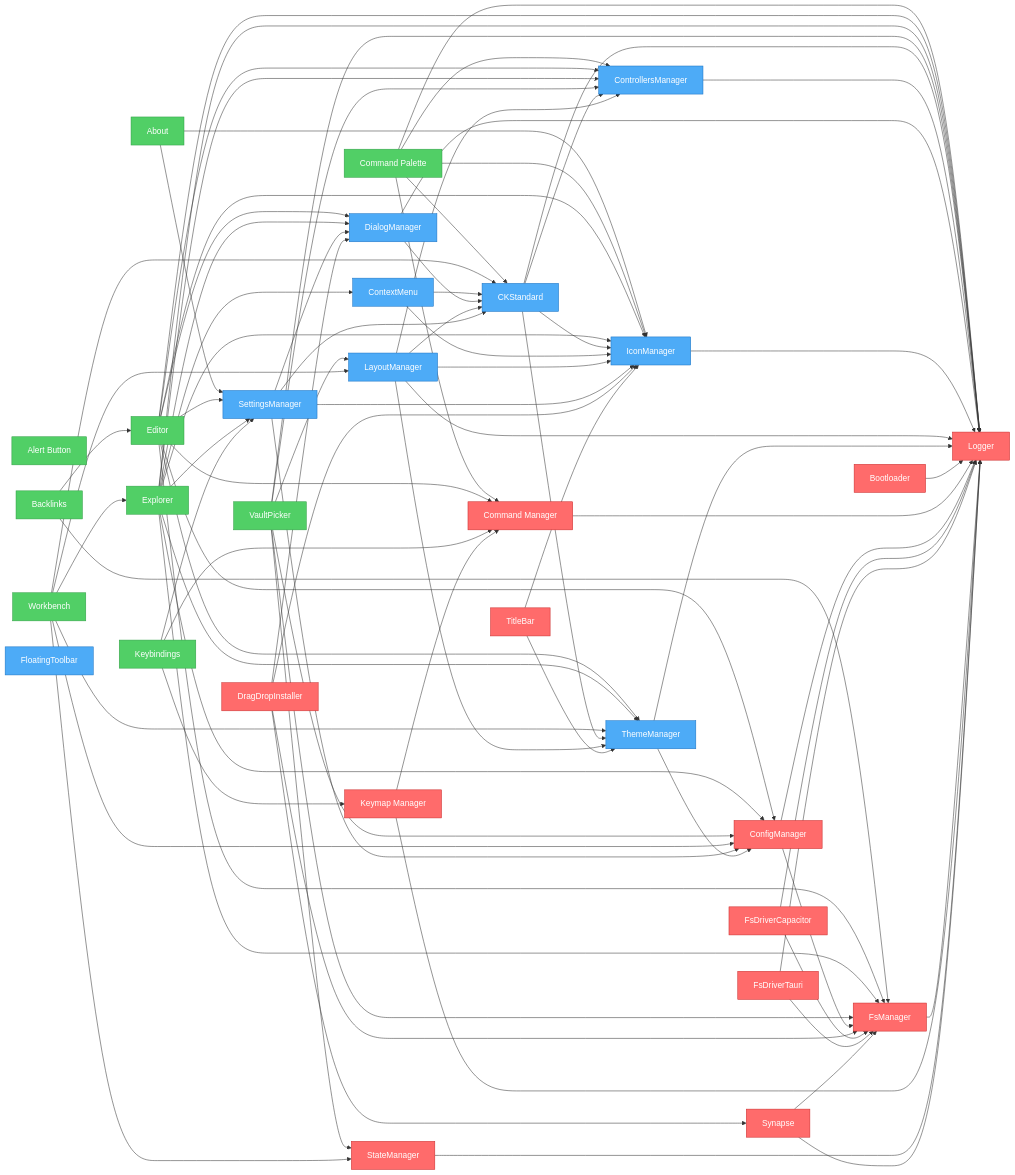
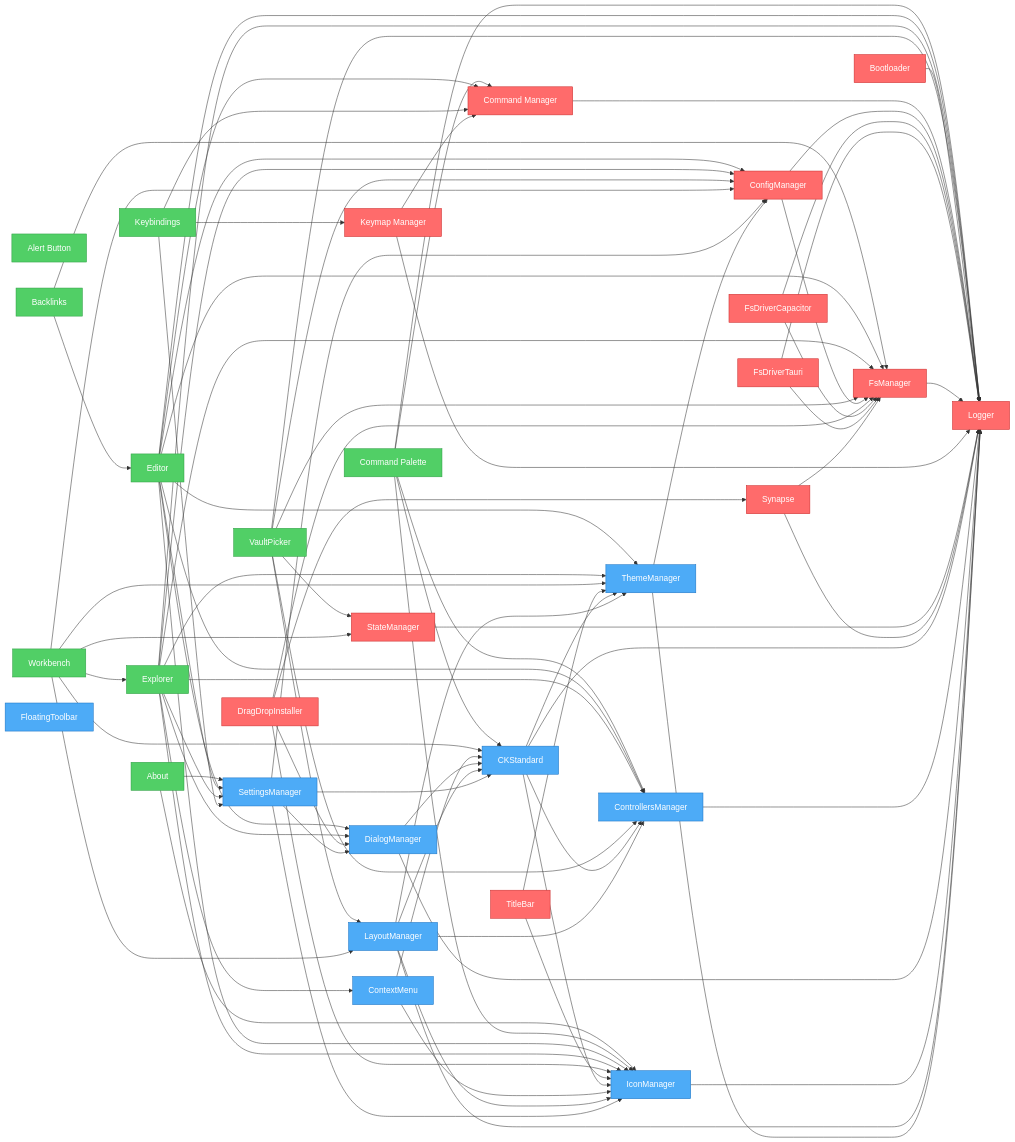
One commit to khton-tech/notehub.md changed the diagram in artifacts/graph.mmd. Above: the diagram before and after it, drawn with Mermaid. The commit also changed other lines of this file and 75 other files, not shown here.

Commit message:
feat: Establish core plugin architecture, API contracts, and application bootstrapping with initial system, feature, and UI plugins.

```diff
--- a/artifacts/graph.mmd
+++ b/artifacts/graph.mmd
@@ -1,123 +1,123 @@
 flowchart LR
     nh_features_about["About"]
     features_alert-button["Alert Button"]
     nh_features_backlinks["Backlinks"]
     nh_features_command-palette["Command Palette"]
     nh_features_editor["Editor"]
     nh_features_explorer["Explorer"]
     nh_features_keybindings["Keybindings"]
     nh_features_vault-picker["VaultPicker"]
     nh_features_workbench["Workbench"]
-    nh_ui_ck-standard["CKStandard"]
-    nh_ui_context-menu["ContextMenu"]
-    nh_ui_controllers-manager["ControllersManager"]
-    nh_ui_dialog-manager["DialogManager"]
-    nh_ui_floating-toolbar["FloatingToolbar"]
-    nh_ui_icon-manager["IconManager"]
-    nh_ui_layout-manager["LayoutManager"]
-    nh_ui_settings-manager["SettingsManager"]
-    nh_ui_theme-manager["ThemeManager"]
     nh_system_bootloader["Bootloader"]
     nh_system_command-manager["Command Manager"]
     nh_system_config-manager["ConfigManager"]
     nh_system_drag-drop["DragDropInstaller"]
     nh_system_fs-driver-capacitor["FsDriverCapacitor"]
     nh_system_fs-driver-tauri["FsDriverTauri"]
     nh_system_fs-manager["FsManager"]
     nh_system_keymap["Keymap Manager"]
     nh_system_logger["Logger"]
     nh_system_state-manager["StateManager"]
     nh_system_synapse["Synapse"]
     nh_system_titlebar["TitleBar"]
+    nh_ui_ck-standard["CKStandard"]
+    nh_ui_context-menu["ContextMenu"]
+    nh_ui_controllers-manager["ControllersManager"]
+    nh_ui_dialog-manager["DialogManager"]
+    nh_ui_floating-toolbar["FloatingToolbar"]
+    nh_ui_icon-manager["IconManager"]
+    nh_ui_layout-manager["LayoutManager"]
+    nh_ui_settings-manager["SettingsManager"]
+    nh_ui_theme-manager["ThemeManager"]
     nh_features_about --> nh_ui_settings-manager
     nh_features_about --> nh_ui_icon-manager
     nh_features_backlinks --> nh_features_editor
     nh_features_backlinks --> nh_system_fs-manager
     nh_features_command-palette --> nh_system_command-manager
     nh_features_command-palette --> nh_system_logger
     nh_features_command-palette --> nh_ui_controllers-manager
     nh_features_command-palette --> nh_ui_ck-standard
     nh_features_command-palette --> nh_ui_icon-manager
     nh_features_editor --> nh_system_config-manager
     nh_features_editor --> nh_system_command-manager
     nh_features_editor --> nh_ui_settings-manager
     nh_features_editor --> nh_system_fs-manager
     nh_features_editor --> nh_system_logger
     nh_features_editor --> nh_ui_controllers-manager
     nh_features_editor --> nh_ui_dialog-manager
     nh_features_editor --> nh_ui_icon-manager
     nh_features_editor --> nh_ui_theme-manager
     nh_features_explorer --> nh_system_config-manager
     nh_features_explorer --> nh_ui_settings-manager
     nh_features_explorer --> nh_system_fs-manager
     nh_features_explorer --> nh_system_logger
     nh_features_explorer --> nh_ui_controllers-manager
     nh_features_explorer --> nh_ui_icon-manager
     nh_features_explorer --> nh_ui_theme-manager
     nh_features_explorer --> nh_ui_context-menu
     nh_features_explorer --> nh_ui_dialog-manager
     nh_features_keybindings --> nh_ui_settings-manager
     nh_features_keybindings --> nh_system_command-manager
     nh_features_keybindings --> nh_system_keymap
     nh_features_vault-picker --> nh_system_fs-manager
     nh_features_vault-picker --> nh_system_config-manager
     nh_features_vault-picker --> nh_system_state-manager
     nh_features_vault-picker --> nh_system_logger
     nh_features_vault-picker --> nh_ui_controllers-manager
     nh_features_vault-picker --> nh_ui_layout-manager
     nh_features_workbench --> nh_system_config-manager
     nh_features_workbench --> nh_ui_layout-manager
     nh_features_workbench --> nh_ui_theme-manager
     nh_features_workbench --> nh_ui_ck-standard
     nh_features_workbench --> nh_system_state-manager
     nh_features_workbench --> nh_features_explorer
+    nh_system_bootloader --> nh_system_logger
+    nh_system_command-manager --> nh_system_logger
+    nh_system_config-manager --> nh_system_logger
+    nh_system_config-manager --> nh_system_fs-manager
+    nh_system_drag-drop --> nh_ui_icon-manager
+    nh_system_drag-drop --> nh_ui_dialog-manager
+    nh_system_drag-drop --> nh_system_fs-manager
+    nh_system_drag-drop --> nh_system_synapse
+    nh_system_fs-driver-capacitor --> nh_system_logger
+    nh_system_fs-driver-capacitor --> nh_system_fs-manager
+    nh_system_fs-driver-tauri --> nh_system_logger
+    nh_system_fs-driver-tauri --> nh_system_fs-manager
+    nh_system_fs-manager --> nh_system_logger
+    nh_system_keymap --> nh_system_command-manager
+    nh_system_keymap --> nh_system_logger
+    nh_system_state-manager --> nh_system_logger
+    nh_system_synapse --> nh_system_fs-manager
+    nh_system_synapse --> nh_system_logger
+    nh_system_titlebar --> nh_ui_icon-manager
+    nh_system_titlebar --> nh_ui_theme-manager
     nh_ui_ck-standard --> nh_system_logger
     nh_ui_ck-standard --> nh_ui_controllers-manager
     nh_ui_ck-standard --> nh_ui_icon-manager
     nh_ui_ck-standard --> nh_ui_theme-manager
     nh_ui_context-menu --> nh_ui_icon-manager
     nh_ui_context-menu --> nh_ui_ck-standard
     nh_ui_controllers-manager --> nh_system_logger
     nh_ui_dialog-manager --> nh_system_logger
     nh_ui_dialog-manager --> nh_ui_ck-standard
     nh_ui_icon-manager --> nh_system_logger
     nh_ui_layout-manager --> nh_system_logger
     nh_ui_layout-manager --> nh_ui_theme-manager
     nh_ui_layout-manager --> nh_ui_icon-manager
     nh_ui_layout-manager --> nh_ui_controllers-manager
     nh_ui_layout-manager --> nh_ui_ck-standard
     nh_ui_settings-manager --> nh_system_config-manager
     nh_ui_settings-manager --> nh_ui_ck-standard
     nh_ui_settings-manager --> nh_ui_icon-manager
     nh_ui_settings-manager --> nh_ui_dialog-manager
     nh_ui_theme-manager --> nh_system_logger
     nh_ui_theme-manager --> nh_system_config-manager
-    nh_system_bootloader --> nh_system_logger
-    nh_system_command-manager --> nh_system_logger
-    nh_system_config-manager --> nh_system_logger
-    nh_system_config-manager --> nh_system_fs-manager
-    nh_system_drag-drop --> nh_ui_icon-manager
-    nh_system_drag-drop --> nh_ui_dialog-manager
-    nh_system_drag-drop --> nh_system_fs-manager
-    nh_system_drag-drop --> nh_system_synapse
-    nh_system_fs-driver-capacitor --> nh_system_logger
-    nh_system_fs-driver-capacitor --> nh_system_fs-manager
-    nh_system_fs-driver-tauri --> nh_system_logger
-    nh_system_fs-driver-tauri --> nh_system_fs-manager
-    nh_system_fs-manager --> nh_system_logger
-    nh_system_keymap --> nh_system_command-manager
-    nh_system_keymap --> nh_system_logger
-    nh_system_state-manager --> nh_system_logger
-    nh_system_synapse --> nh_system_fs-manager
-    nh_system_synapse --> nh_system_logger
-    nh_system_titlebar --> nh_ui_icon-manager
-    nh_system_titlebar --> nh_ui_theme-manager
 
     %% Styles
     classDef system fill:#ff6b6b,stroke:#c92a2a,color:#fff
     classDef ui fill:#4dabf7,stroke:#1971c2,color:#fff
     classDef feature fill:#51cf66,stroke:#2f9e44,color:#fff
     class nh_features_about,features_alert-button,nh_features_backlinks,nh_features_keybindings,nh_features_vault-picker feature
     class nh_features_command-palette,nh_features_editor,nh_features_explorer,nh_features_workbench feature
+    class nh_system_bootloader,nh_system_command-manager,nh_system_config-manager,nh_system_drag-drop,nh_system_fs-driver-capacitor,nh_system_fs-driver-tauri,nh_system_fs-manager,nh_system_keymap,nh_system_logger,nh_system_state-manager,nh_system_synapse,nh_system_titlebar system
     class nh_ui_ck-standard,nh_ui_context-menu,nh_ui_controllers-manager,nh_ui_dialog-manager,nh_ui_floating-toolbar,nh_ui_icon-manager,nh_ui_layout-manager,nh_ui_settings-manager,nh_ui_theme-manager ui
-    class nh_system_bootloader,nh_system_command-manager,nh_system_config-manager,nh_system_drag-drop,nh_system_fs-driver-capacitor,nh_system_fs-driver-tauri,nh_system_fs-manager,nh_system_keymap,nh_system_logger,nh_system_state-manager,nh_system_synapse,nh_system_titlebar system
```
